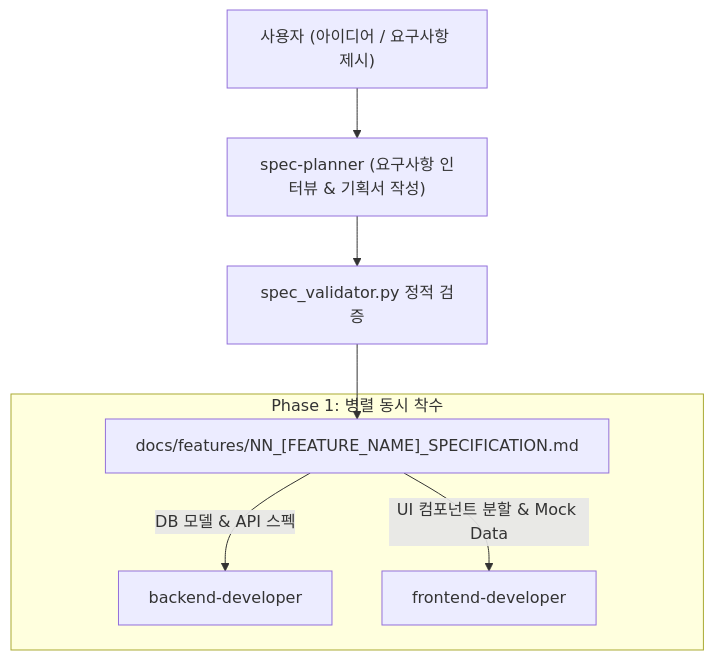
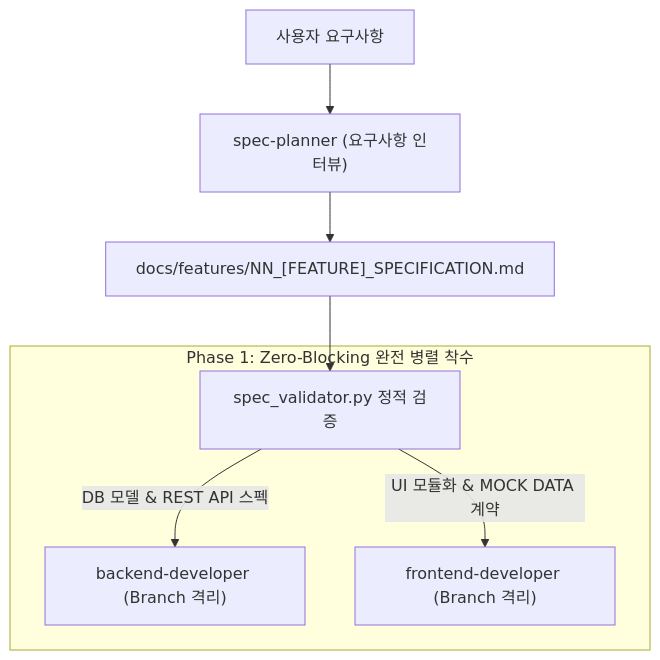
The diagram in .agents/agents/spec-planner.md (worean/antigravity-workflow), drawn with Mermaid before and after one commit. The commit also changed other lines of this file and 23 other files, not shown here.

````diff
--- a/.agents/agents/spec-planner.md
+++ b/.agents/agents/spec-planner.md
@@ -16,11 +40,11 @@
 ```mermaid
 flowchart TD
-    User["사용자 (아이디어 / 요구사항 제시)"] --> Planner["spec-planner (요구사항 인터뷰 & 기획서 작성)"]
-    Planner --> Validator["spec_validator.py 정적 검증"]
-    Validator --> SpecDoc["docs/features/NN_[FEATURE_NAME]_SPECIFICATION.md"]
+    User["사용자 요구사항"] --> Planner["spec-planner (요구사항 인터뷰)"]
+    Planner --> SpecDoc["docs/features/NN_[FEATURE]_SPECIFICATION.md"]
+    SpecDoc --> Validator["spec_validator.py 정적 검증"]
     
-    subgraph Phase1 [Phase 1: 병렬 동시 착수]
-        SpecDoc -->|DB 모델 & API 스펙| BE["backend-developer"]
-        SpecDoc -->|UI 컴포넌트 분할 & Mock Data| FE["frontend-developer"]
+    subgraph Phase1 [Phase 1: Zero-Blocking 완전 병렬 착수]
+        Validator -->|DB 모델 & REST API 스펙| BE["backend-developer (Branch 격리)"]
+        Validator -->|UI 모듈화 & MOCK DATA 계약| FE["frontend-developer (Branch 격리)"]
     end
 ```
````
